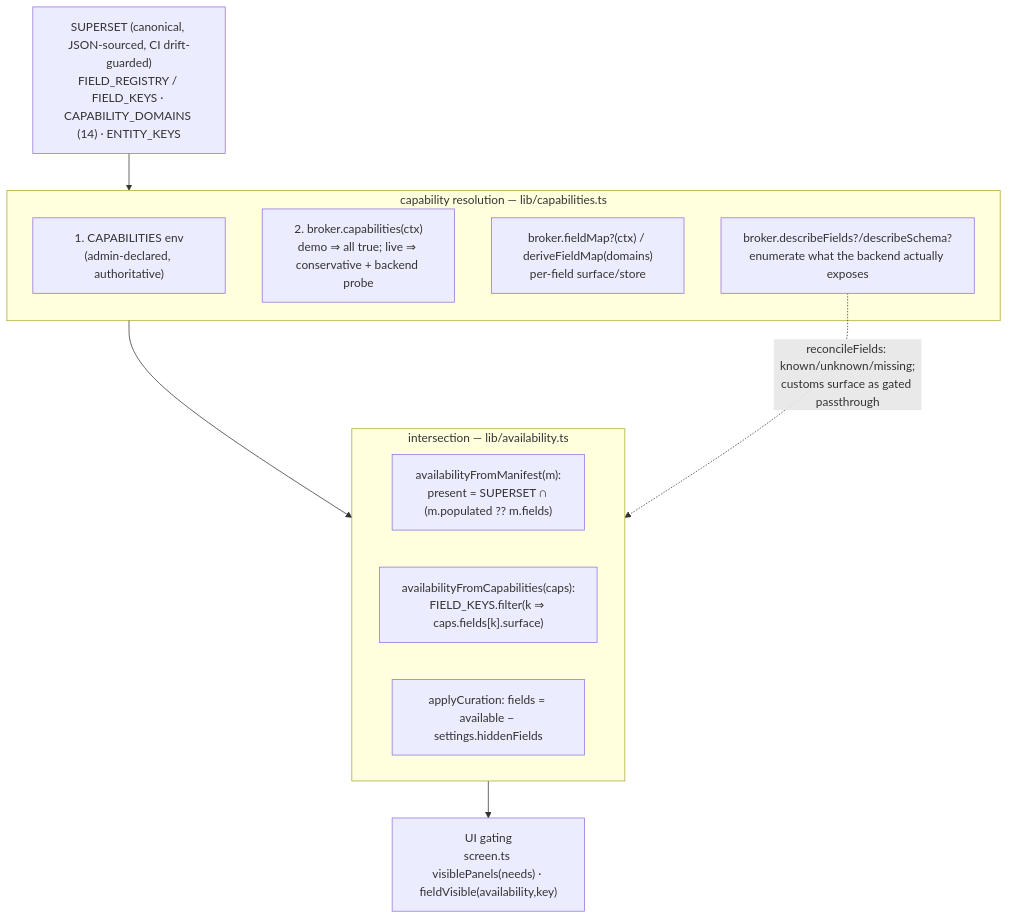
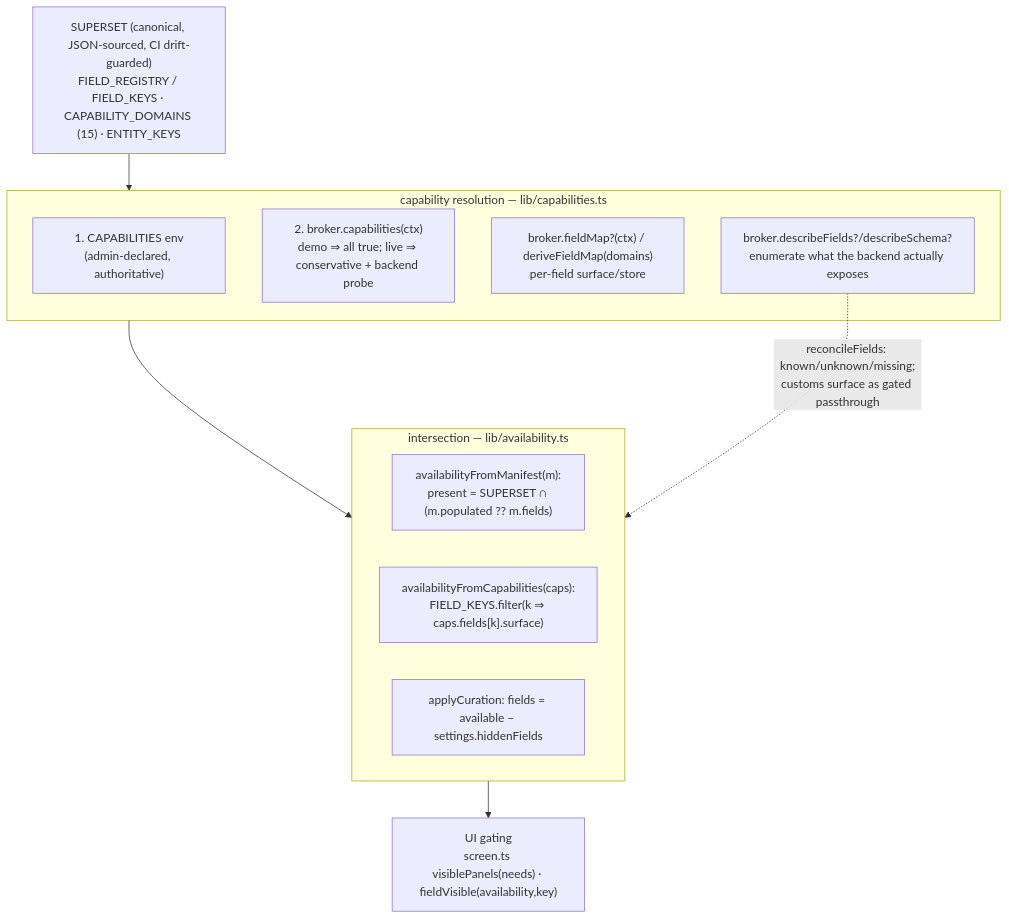
The fourth of 7 diagrams in docs/SEQUENCES.md (walshd1/Omniproject), drawn with Mermaid before and after one commit. The commit also changed other lines of this file and 10 other files, not shown here.

````diff
--- a/docs/SEQUENCES.md
+++ b/docs/SEQUENCES.md
@@ -268,18 +268,18 @@
 ```mermaid
 flowchart TB
-  SUP["SUPERSET (canonical, JSON-sourced, CI drift-guarded)<br/>FIELD_REGISTRY / FIELD_KEYS · CAPABILITY_DOMAINS (14) · ENTITY_KEYS"]
+  SUP["SUPERSET (canonical, JSON-sourced, CI drift-guarded)<br/>FIELD_REGISTRY / FIELD_KEYS · CAPABILITY_DOMAINS (15) · ENTITY_KEYS"]
   subgraph resolve["capability resolution — lib/capabilities.ts"]
     ENV["1. CAPABILITIES env<br/>(admin-declared, authoritative)"]
     BRK["2. broker.capabilities(ctx)<br/>demo ⇒ all true; live ⇒ conservative + backend probe"]
     MAP["broker.fieldMap?(ctx) / deriveFieldMap(domains)<br/>per-field surface/store"]
     DESC["broker.describeFields?/describeSchema?<br/>enumerate what the backend actually exposes"]
   end
   subgraph inter["intersection — lib/availability.ts"]
     MANI["availabilityFromManifest(m):<br/>present = SUPERSET ∩ (m.populated ?? m.fields)"]
     CAPS["availabilityFromCapabilities(caps):<br/>FIELD_KEYS.filter(k ⇒ caps.fields[k].surface)"]
     CUR["applyCuration: fields = available − settings.hiddenFields"]
   end
   UI["UI gating<br/>screen.ts visiblePanels(needs) · fieldVisible(availability,key)"]
   SUP --> resolve --> inter --> UI
   DESC -. reconcileFields: known/unknown/missing;<br/>customs surface as gated passthrough .-> inter
 ```
````
